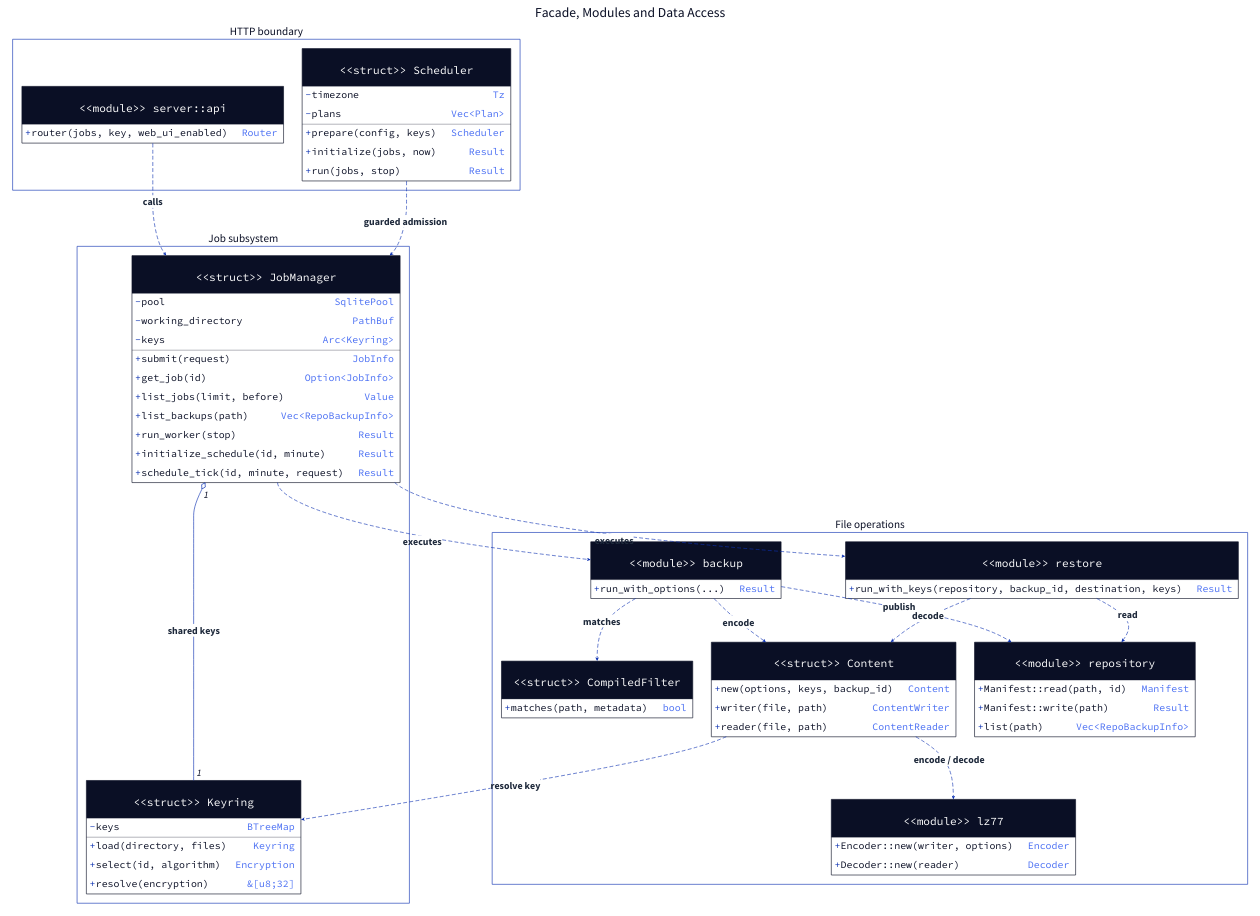
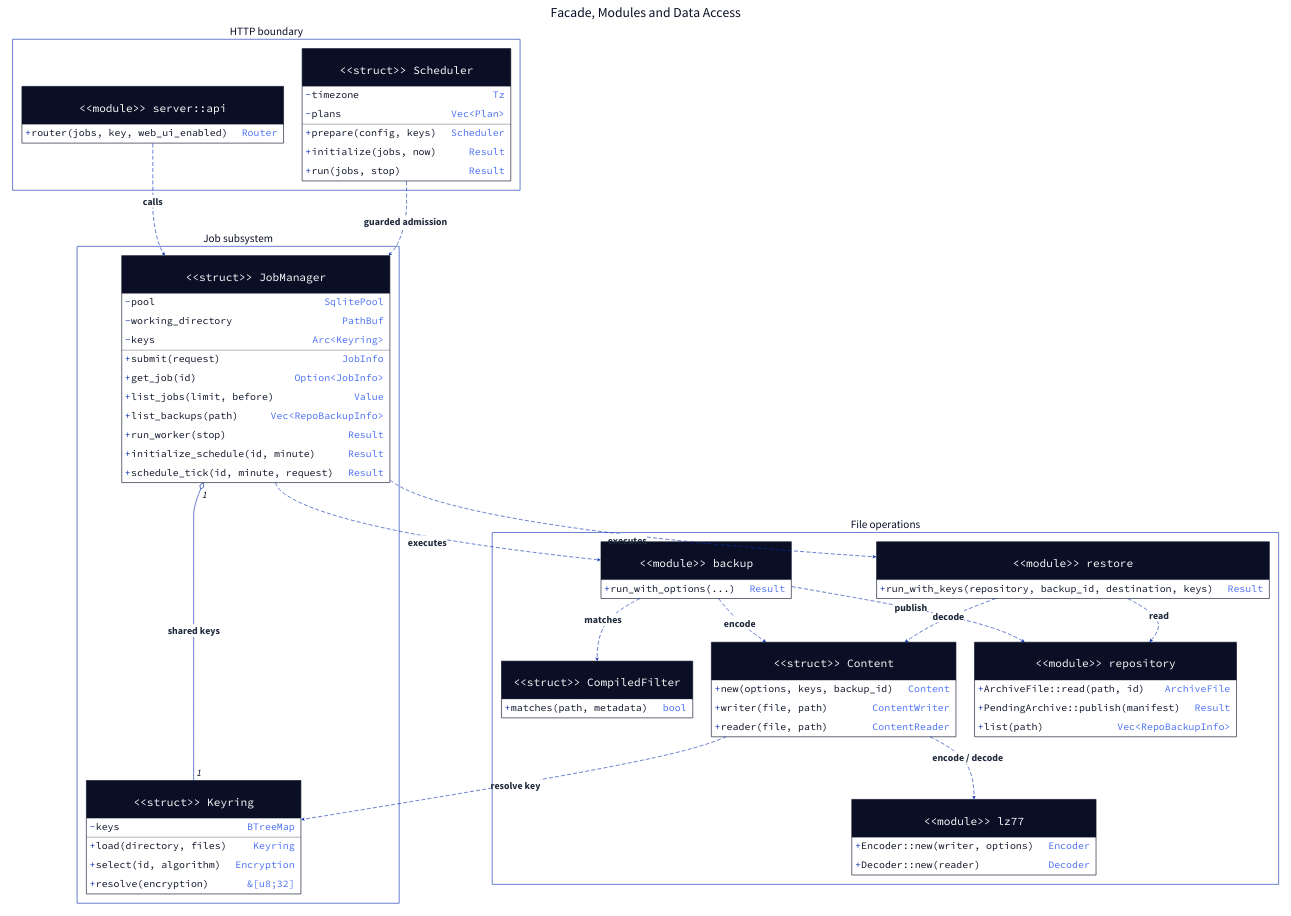
Before and after one commit to qi7876/software-development-exp: the diagram in docs/report/generated/system-class-services.d2, drawn with D2. The commit also changed 30 other files, not shown here.

```diff
--- a/docs/report/generated/system-class-services.d2
+++ b/docs/report/generated/system-class-services.d2
@@ -1,134 +1,134 @@
 # Generated from docs/report/model.yaml; do not edit directly.
 direction: down
 **.style.font-size: 32
 (** -> **)[*].style: {font-size: 32; bold: true; italic: false; font-color: "#1E293B"}
 (** -- **)[*].style: {font-size: 32; bold: true; italic: false; font-color: "#1E293B"}
 (** <- **)[*].style: {font-size: 32; bold: true; italic: false; font-color: "#1E293B"}
 diagram: "Facade, Modules and Data Access" {
   style.font-size: 44
   style.fill: white
   style.stroke: transparent
   package_0: "HTTP boundary" {
     style.font-size: 36
     style.fill: white
     API: "<<module>>\nserver::api" {
       shape: class
       "+ router(jobs, key, web_ui_enabled)": "Router"
     }
     Scheduler: "<<struct>>\nScheduler" {
       shape: class
       "- timezone": "Tz"
       "- plans": "Vec<Plan>"
       "+ prepare(config, keys)": "Scheduler"
       "+ initialize(jobs, now)": "Result"
       "+ run(jobs, stop)": "Result"
     }
   }
   package_1: "Job subsystem" {
     style.font-size: 36
     style.fill: white
     Manager: "<<struct>>\nJobManager" {
       shape: class
       "- pool": "SqlitePool"
       "- working_directory": "PathBuf"
       "- keys": "Arc<Keyring>"
       "+ submit(request)": "JobInfo"
       "+ get_job(id)": "Option<JobInfo>"
       "+ list_jobs(limit, before)": "Value"
       "+ list_backups(path)": "Vec<RepoBackupInfo>"
       "+ run_worker(stop)": "Result"
       "+ initialize_schedule(id, minute)": "Result"
       "+ schedule_tick(id, minute, request)": "Result"
     }
     Keys: "<<struct>>\nKeyring" {
       shape: class
       "- keys": "BTreeMap"
       "+ load(directory, files)": "Keyring"
       "+ select(id, algorithm)": "Encryption"
       "+ resolve(encryption)": "&[u8;32]"
     }
   }
   package_2: "File operations" {
     style.font-size: 36
     style.fill: white
     Filter: "<<struct>>\nCompiledFilter" {
       shape: class
       "+ matches(path, metadata)": "bool"
     }
     Content: "<<struct>>\nContent" {
       shape: class
       "+ new(options, keys, backup_id)": "Content"
       "+ writer(file, path)": "ContentWriter"
       "+ reader(file, path)": "ContentReader"
     }
     Backup: "<<module>>\nbackup" {
       shape: class
       "+ run_with_options(...)": "Result"
     }
     Restore: "<<module>>\nrestore" {
       shape: class
       "+ run_with_keys(repository, backup_id, destination, keys)": "Result"
     }
     Repo: "<<module>>\nrepository" {
       shape: class
-      "+ Manifest::read(path, id)": "Manifest"
-      "+ Manifest::write(path)": "Result"
+      "+ ArchiveFile::read(path, id)": "ArchiveFile"
+      "+ PendingArchive::publish(manifest)": "Result"
       "+ list(path)": "Vec<RepoBackupInfo>"
     }
     Lz77: "<<module>>\nlz77" {
       shape: class
       "+ Encoder::new(writer, options)": "Encoder"
       "+ Decoder::new(reader)": "Decoder"
     }
   }
   package_0.API -> package_1.Manager: "calls" {
     target-arrowhead.shape: arrow
     style.stroke-dash: 5
   }
   package_1.Manager <- package_1.Keys: "shared keys" {
     source-arrowhead.label: "1"
     target-arrowhead.label: "1"
     source-arrowhead.shape: diamond
     source-arrowhead.style.filled: false
   }
   package_1.Manager -> package_2.Backup: "executes" {
     target-arrowhead.shape: arrow
     style.stroke-dash: 5
   }
   package_1.Manager -> package_2.Restore: "executes" {
     target-arrowhead.shape: arrow
     style.stroke-dash: 5
   }
   package_2.Backup -> package_2.Filter: "matches" {
     target-arrowhead.shape: arrow
     style.stroke-dash: 5
   }
   package_2.Backup -> package_2.Content: "encode" {
     target-arrowhead.shape: arrow
     style.stroke-dash: 5
   }
   package_2.Restore -> package_2.Content: "decode" {
     target-arrowhead.shape: arrow
     style.stroke-dash: 5
   }
   package_2.Content -> package_1.Keys: "resolve key" {
     target-arrowhead.shape: arrow
     style.stroke-dash: 5
   }
   package_2.Backup -> package_2.Repo: "publish" {
     target-arrowhead.shape: arrow
     style.stroke-dash: 5
   }
   package_2.Restore -> package_2.Repo: "read" {
     target-arrowhead.shape: arrow
     style.stroke-dash: 5
   }
   package_2.Content -> package_2.Lz77: "encode / decode" {
     target-arrowhead.shape: arrow
     style.stroke-dash: 5
   }
   package_0.Scheduler -> package_1.Manager: "guarded admission" {
     target-arrowhead.shape: arrow
     style.stroke-dash: 5
   }
 }
```
